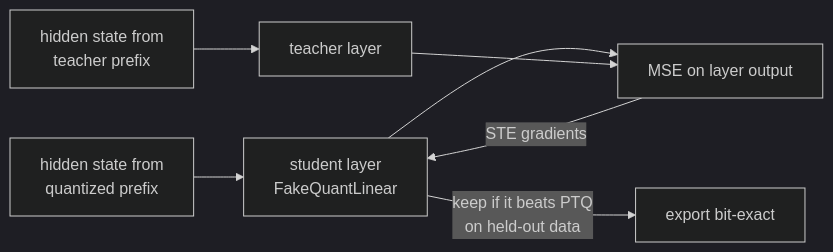
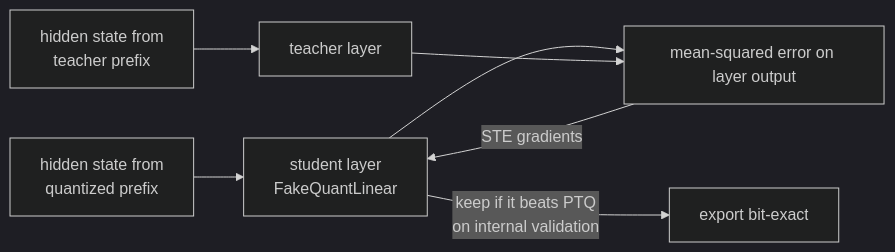
Before and after one commit to BlivionIaG/hi2: the second of 3 diagrams in docs/architecture.md, drawn with Mermaid (dark theme). The commit also changed other lines of this file and 9 other files, not shown here.

````diff
--- a/docs/architecture.md
+++ b/docs/architecture.md
@@ -73,9 +78,9 @@
 ```mermaid
 flowchart LR
     X[hidden state from<br/>quantized prefix] --> S[student layer<br/>FakeQuantLinear]
     X2[hidden state from<br/>teacher prefix] --> T[teacher layer]
-    S --> L[MSE on layer output]
+    S --> L[mean-squared error on layer output]
     T --> L
     L -->|STE gradients| S
-    S -->|keep if it beats PTQ<br/>on held-out data| O[export bit-exact]
+    S -->|keep if it beats PTQ<br/>on internal validation| O[export bit-exact]
 ```
````
